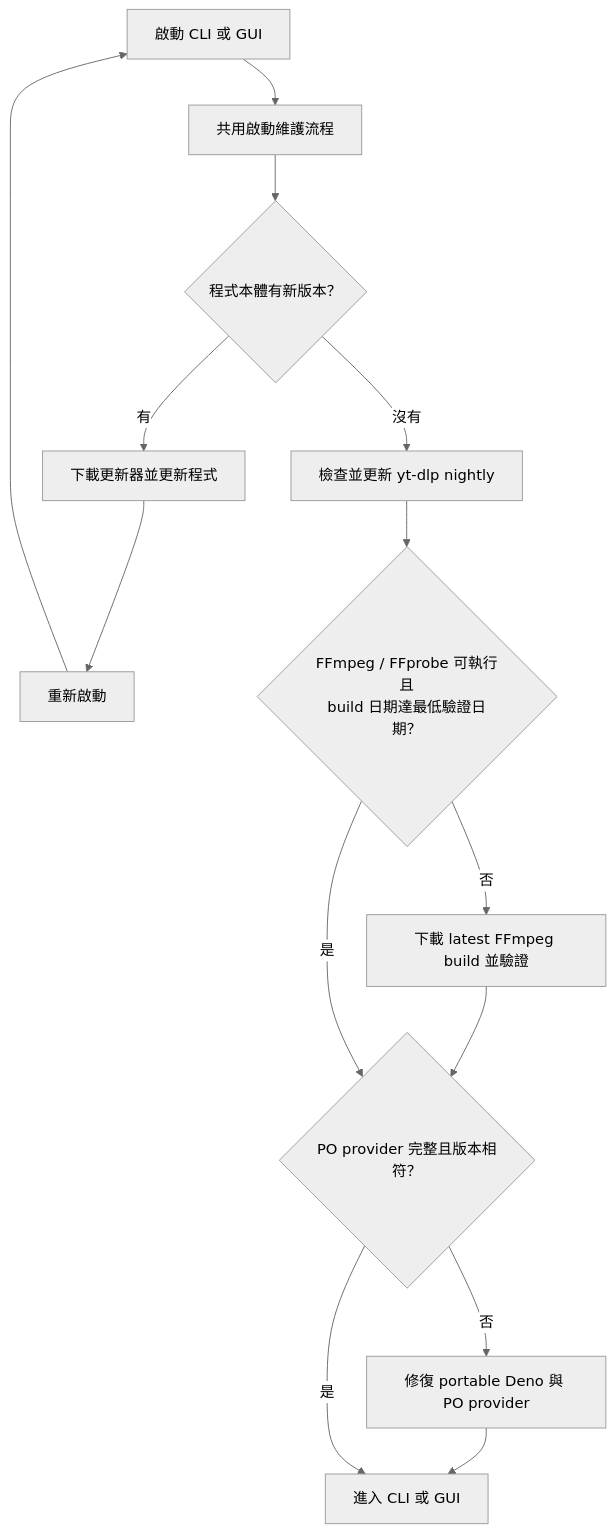
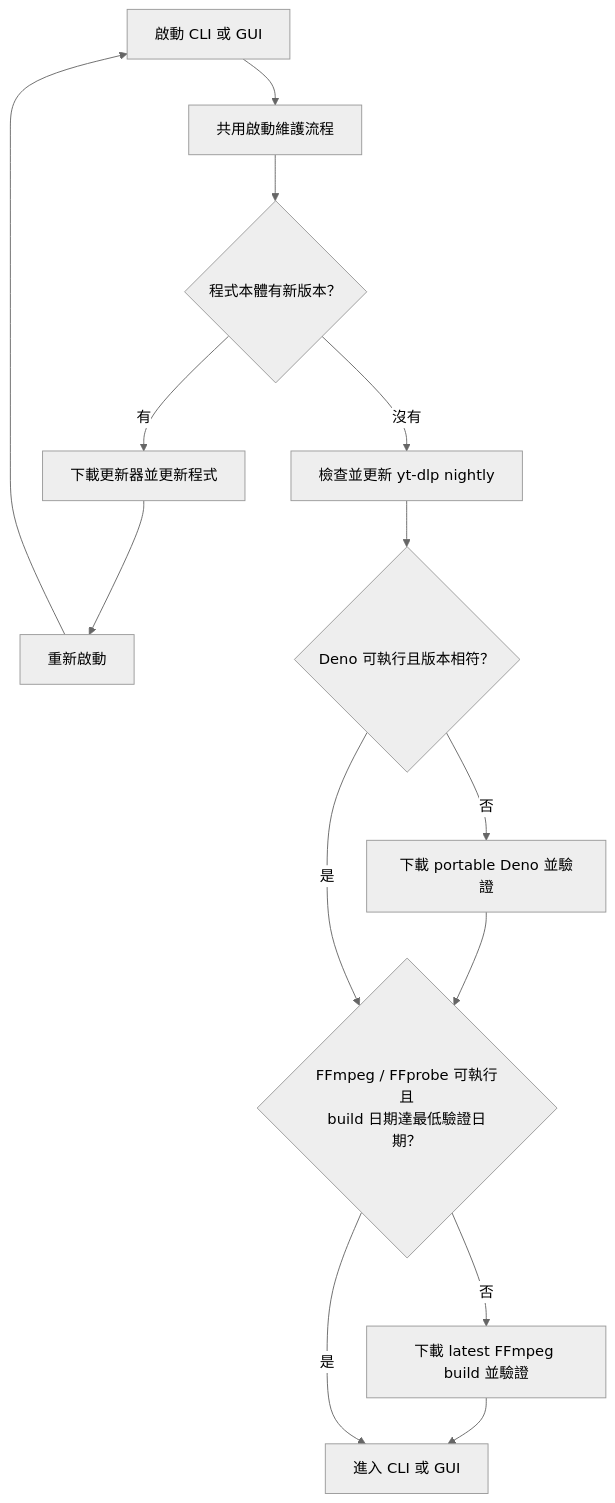
The diagram in README.md (minhung1126/YTDL), drawn with Mermaid (neutral theme) before and after one commit. The commit also changed other lines of this file and 2 other files, not shown here.

Commit message:
Remove PO provider and retain Deno JS runtime

````diff
--- a/README.md
+++ b/README.md
@@ -39,16 +39,16 @@
 ```mermaid
 flowchart TD
     start["啟動 CLI 或 GUI"] --> maintenance["共用啟動維護流程"]
     maintenance --> app_update{"程式本體有新版本？"}
     app_update -- "有" --> self_update["下載更新器並更新程式"]
     self_update --> restart["重新啟動"]
     restart --> start
     app_update -- "沒有" --> ytdlp["檢查並更新 yt-dlp nightly"]
-    ytdlp --> ffmpeg_check{"FFmpeg / FFprobe 可執行且<br/>build 日期達最低驗證日期？"}
+    ytdlp --> deno_check{"Deno 可執行且版本相符？"}
+    deno_check -- "否" --> deno_repair["下載 portable Deno 並驗證"]
+    deno_repair --> ffmpeg_check
+    deno_check -- "是" --> ffmpeg_check{"FFmpeg / FFprobe 可執行且<br/>build 日期達最低驗證日期？"}
     ffmpeg_check -- "否" --> ffmpeg_repair["下載 latest FFmpeg build 並驗證"]
-    ffmpeg_repair --> provider_check
-    ffmpeg_check -- "是" --> provider_check{"PO provider 完整且版本相符？"}
-    provider_check -- "否" --> provider_repair["修復 portable Deno 與 PO provider"]
-    provider_repair --> ready["進入 CLI 或 GUI"]
-    provider_check -- "是" --> ready
+    ffmpeg_repair --> ready["進入 CLI 或 GUI"]
+    ffmpeg_check -- "是" --> ready
 ```
````
